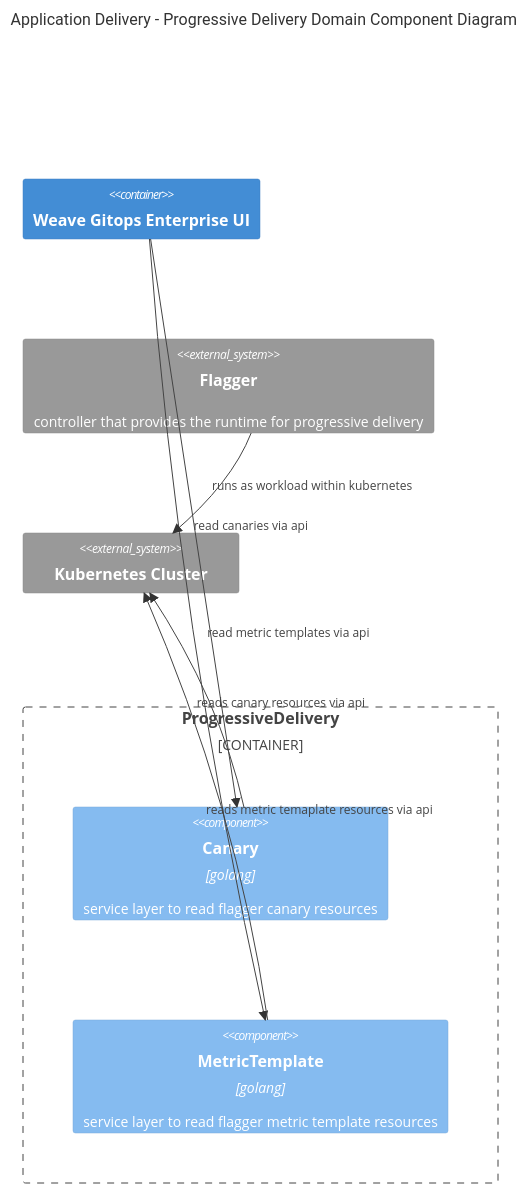
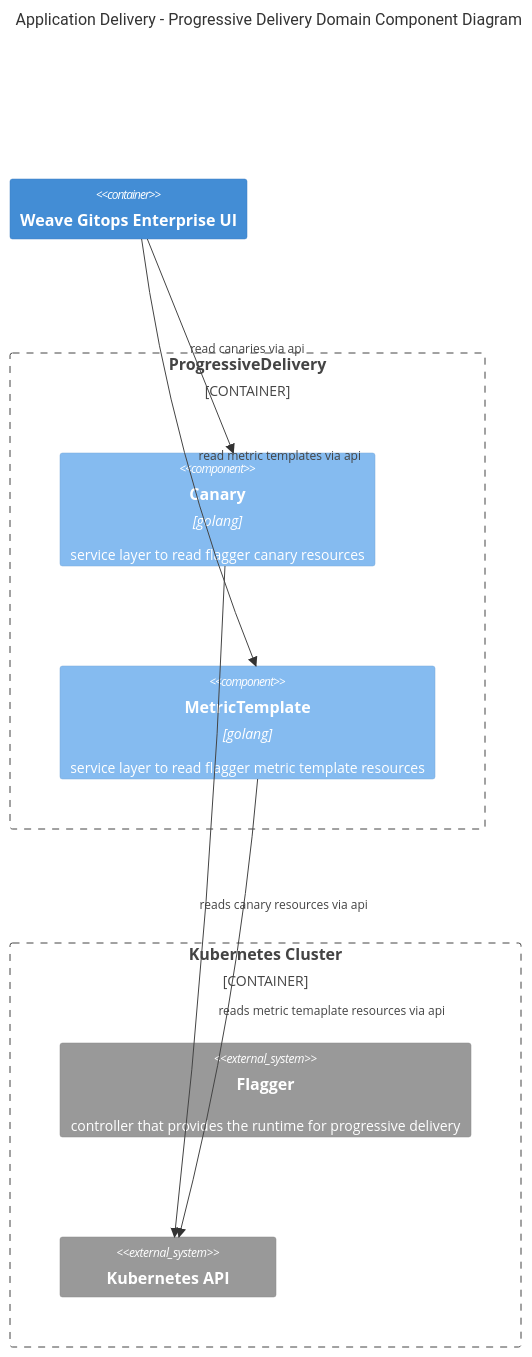
The fifth of 5 diagrams in docs/architecture/application-delivery.md (weaveworks/weave-gitops-enterprise), drawn with Mermaid before and after one commit. The commit also changed other lines of this file and 1 other file, not shown here.

Commit message:
progressive delivery diagram added

````diff
--- a/docs/architecture/application-delivery.md
+++ b/docs/architecture/application-delivery.md
@@ -162,17 +164,18 @@
 ```mermaid
 C4Component
       title Application Delivery - Progressive Delivery Domain Component Diagram
       Container(weaveGitopsEnterpriseUi, "Weave Gitops Enterprise UI")
       Rel(weaveGitopsEnterpriseUi, Canary, "read canaries via api")
       Rel(weaveGitopsEnterpriseUi, MetricTemplate, "read metric templates via api")
       Container_Boundary(ProgressiveDelivery, "ProgressiveDelivery") {
         Component(Canary, "Canary", "golang", "service layer to read flagger canary resources")
         Component(MetricTemplate, "MetricTemplate", "golang", "service layer to read flagger metric template resources")
-        Rel(Canary, KubernetesCluster, "reads canary resources via api")
-        Rel(MetricTemplate, KubernetesCluster, "reads metric temaplate resources via api")      
+        Rel(Canary, KubernetesApi, "reads canary resources via api")
+        Rel(MetricTemplate, KubernetesApi, "reads metric temaplate resources via api")      
       }
-      System_Ext(Flagger, "Flagger","controller that provides the runtime for progressive delivery")
-      System_Ext(KubernetesCluster, "Kubernetes Cluster")   
-      Rel(Flagger, KubernetesCluster, "runs as workload within kubernetes")      
-      UpdateLayoutConfig($c4ShapeInRow="2", $c4BoundaryInRow="3")          
+      Container_Boundary(Kubernetes, "Kubernetes Cluster") {
+        System_Ext(Flagger, "Flagger","controller that provides the runtime for progressive delivery")
+        System_Ext(KubernetesApi, "Kubernetes API")
+      }
+      UpdateLayoutConfig($c4ShapeInRow="2", $c4BoundaryInRow="1")       
 ```
````
